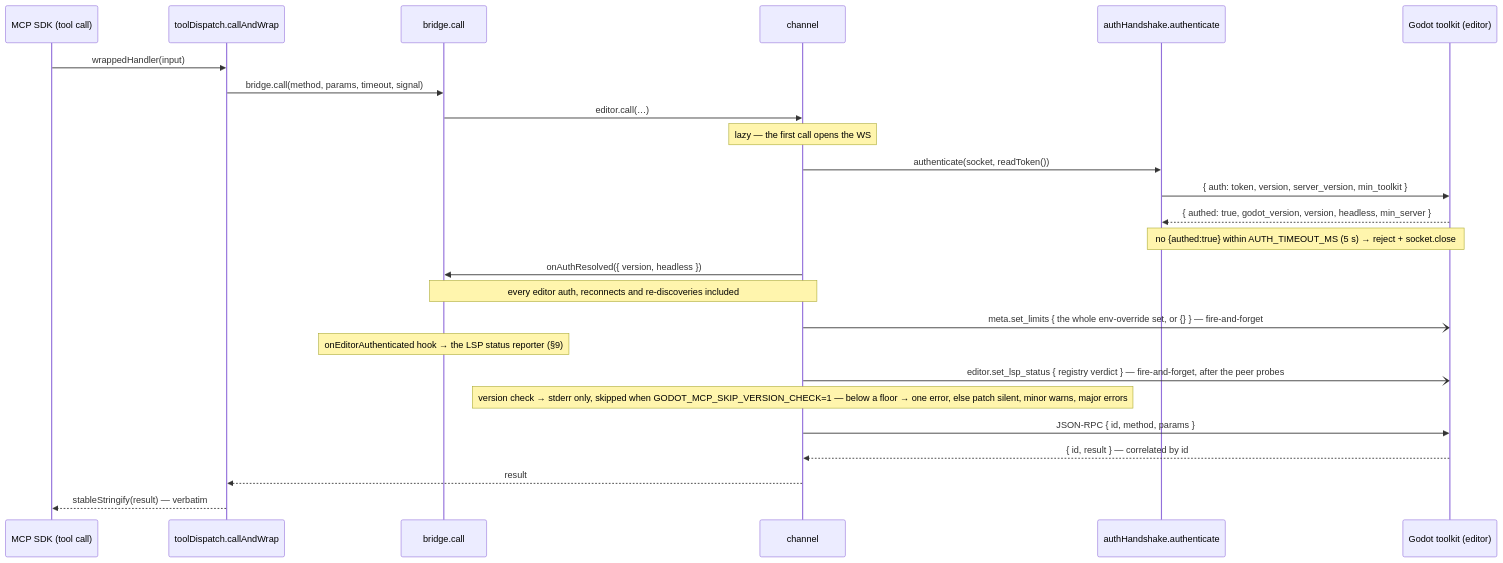
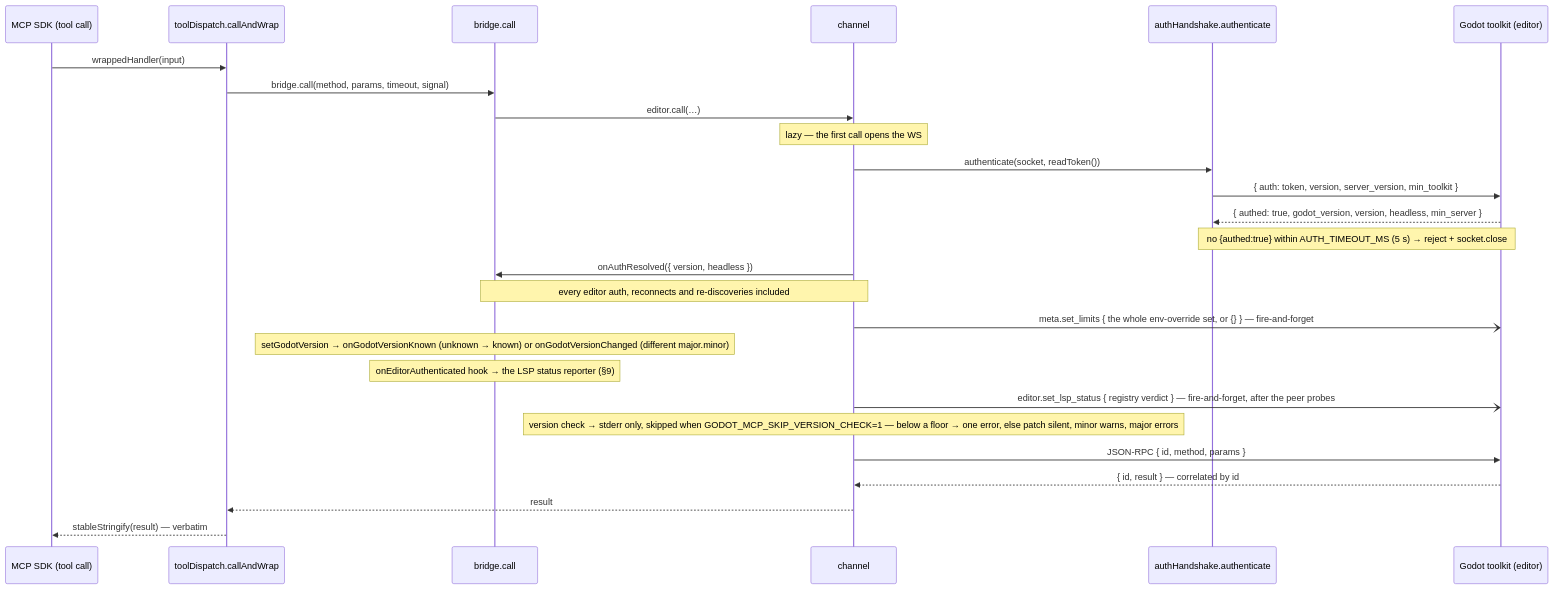
The fourth of 13 diagrams in docs/architecture/README.md (NPGameDev/godot-mcp-server), drawn with Mermaid before and after one commit. The commit also changed other lines of this file, not shown here.

First line of the commit message:
docs(arch): re-attest the server architecture at the version-tailored descriptions

````diff
--- a/docs/architecture/README.md
+++ b/docs/architecture/README.md
@@ -283,27 +286,28 @@
 ```mermaid
 sequenceDiagram
     participant SDK as MCP SDK (tool call)
     participant D as toolDispatch.callAndWrap
     participant B as bridge.call
     participant Ch as channel
     participant A as authHandshake.authenticate
     participant TK as Godot toolkit (editor)
     SDK->>D: wrappedHandler(input)
     D->>B: bridge.call(method, params, timeout, signal)
     B->>Ch: editor.call(…)
     Note over Ch: lazy — the first call opens the WS
     Ch->>A: authenticate(socket, readToken())
     A->>TK: { auth: token, version, server_version, min_toolkit }
     TK-->>A: { authed: true, godot_version, version, headless, min_server }
     Note over A,TK: no {authed:true} within AUTH_TIMEOUT_MS (5 s) → reject + socket.close
     Ch->>B: onAuthResolved({ version, headless })
     Note over B,Ch: every editor auth, reconnects and re-discoveries included
     Ch-)TK: meta.set_limits { the whole env-override set, or {} } — fire-and-forget
+    Note over B: setGodotVersion → onGodotVersionKnown (unknown → known) or onGodotVersionChanged (different major.minor)
     Note over B: onEditorAuthenticated hook → the LSP status reporter (§9)
     Ch-)TK: editor.set_lsp_status { registry verdict } — fire-and-forget, after the peer probes
     Note over Ch: version check → stderr only, skipped when GODOT_MCP_SKIP_VERSION_CHECK=1 — below a floor → one error, else patch silent, minor warns, major errors
     Ch->>TK: JSON-RPC { id, method, params }
     TK-->>Ch: { id, result } — correlated by id
     Ch-->>D: result
     D-->>SDK: stableStringify(result) — verbatim
 ```
````
